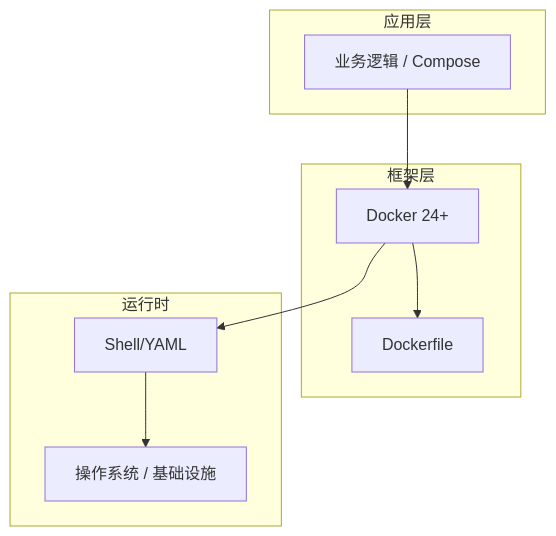
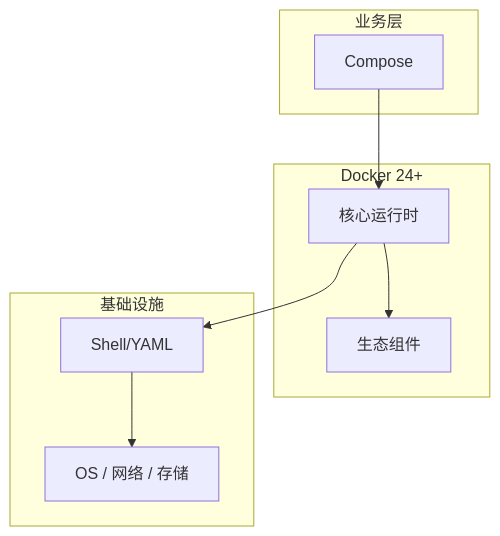
One commit to yanggan2015/knowledge-json-v2 changed the diagram in articles/Docker/chapters/050-Compose核心概念与原理.md. Above: the diagram before and after it, drawn with Mermaid. The commit also changed other lines of this file and 10127 other files, not shown here.

````diff
--- a/articles/Docker/chapters/050-Compose核心概念与原理.md
+++ b/articles/Docker/chapters/050-Compose核心概念与原理.md
@@ -45,18 +34,18 @@
 ```mermaid
 graph TB
-    subgraph 应用层
-        A[业务逻辑 / Compose]
+    subgraph 业务层
+        A[Compose]
     end
-    subgraph 框架层
-        B[Docker 24+]
-        C[Dockerfile]
+    subgraph Docker 24+
+        B[核心运行时]
+        C[生态组件]
     end
-    subgraph 运行时
+    subgraph 基础设施
         D[Shell/YAML]
-        E[操作系统 / 基础设施]
+        E[OS / 网络 / 存储]
     end
     A --> B
     B --> C
     B --> D
     D --> E
 ```
````
